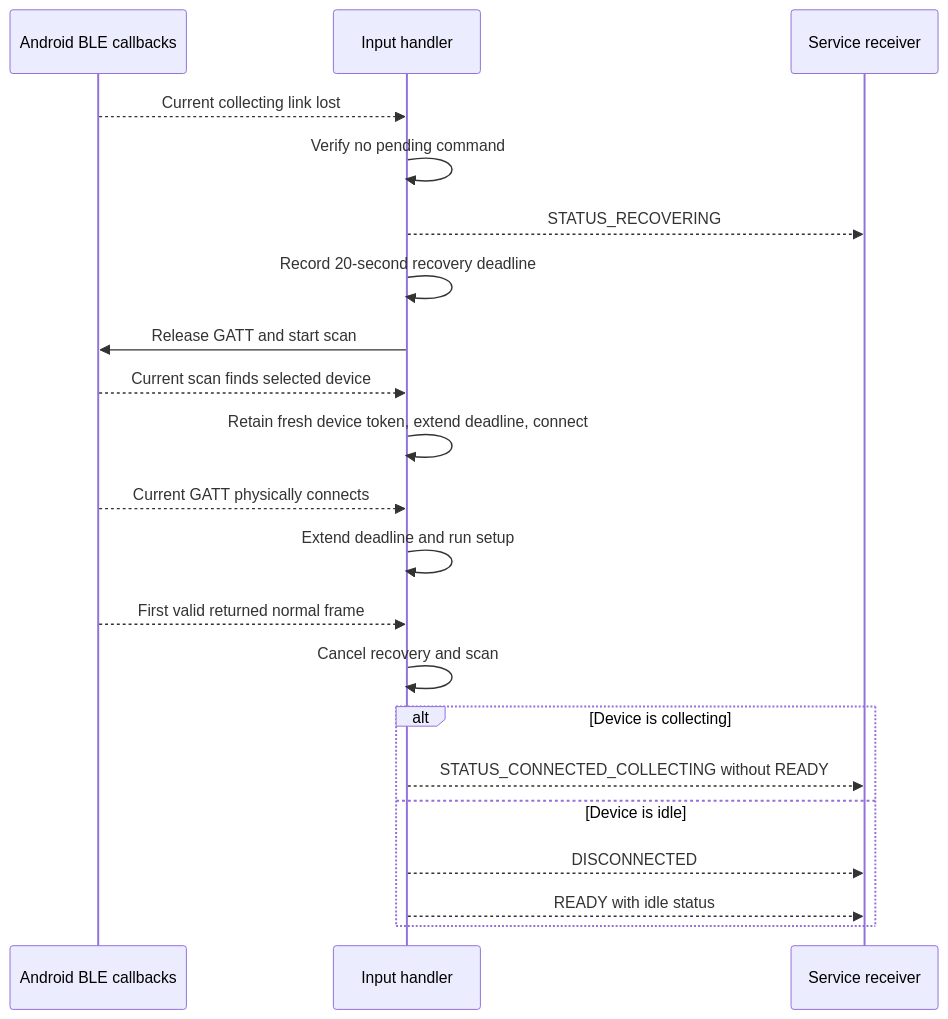
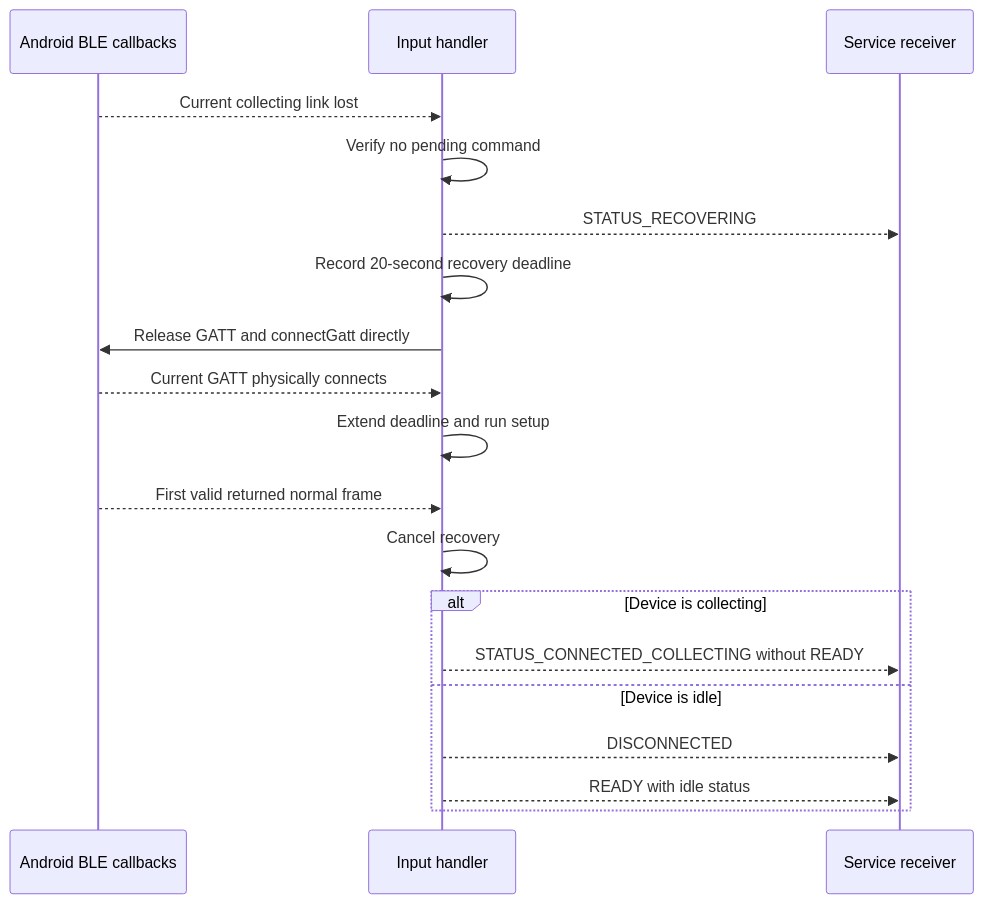
The sixth of 8 diagrams in docs/bluz-threading.md (Am6er/AtomSpectra), drawn with Mermaid before and after one commit. The commit also changed other lines of this file and 5 other files, not shown here.

First line of the commit message:
feat (bluz): drop scanning, connect directly and retry

````diff
--- a/docs/bluz-threading.md
+++ b/docs/bluz-threading.md
@@ -310,23 +294,21 @@
 ```mermaid
 sequenceDiagram
     participant Android as Android BLE callbacks
     participant Owner as Input handler
     participant Service as Service receiver
     Android-->>Owner: Current collecting link lost
     Owner->>Owner: Verify no pending command
     Owner-->>Service: STATUS_RECOVERING
     Owner->>Owner: Record 20-second recovery deadline
-    Owner->>Android: Release GATT and start scan
-    Android-->>Owner: Current scan finds selected device
-    Owner->>Owner: Retain fresh device token, extend deadline, connect
+    Owner->>Android: Release GATT and connectGatt directly
     Android-->>Owner: Current GATT physically connects
     Owner->>Owner: Extend deadline and run setup
     Android-->>Owner: First valid returned normal frame
-    Owner->>Owner: Cancel recovery and scan
+    Owner->>Owner: Cancel recovery
     alt Device is collecting
         Owner-->>Service: STATUS_CONNECTED_COLLECTING without READY
     else Device is idle
         Owner-->>Service: DISCONNECTED
         Owner-->>Service: READY with idle status
     end
 ```
````
